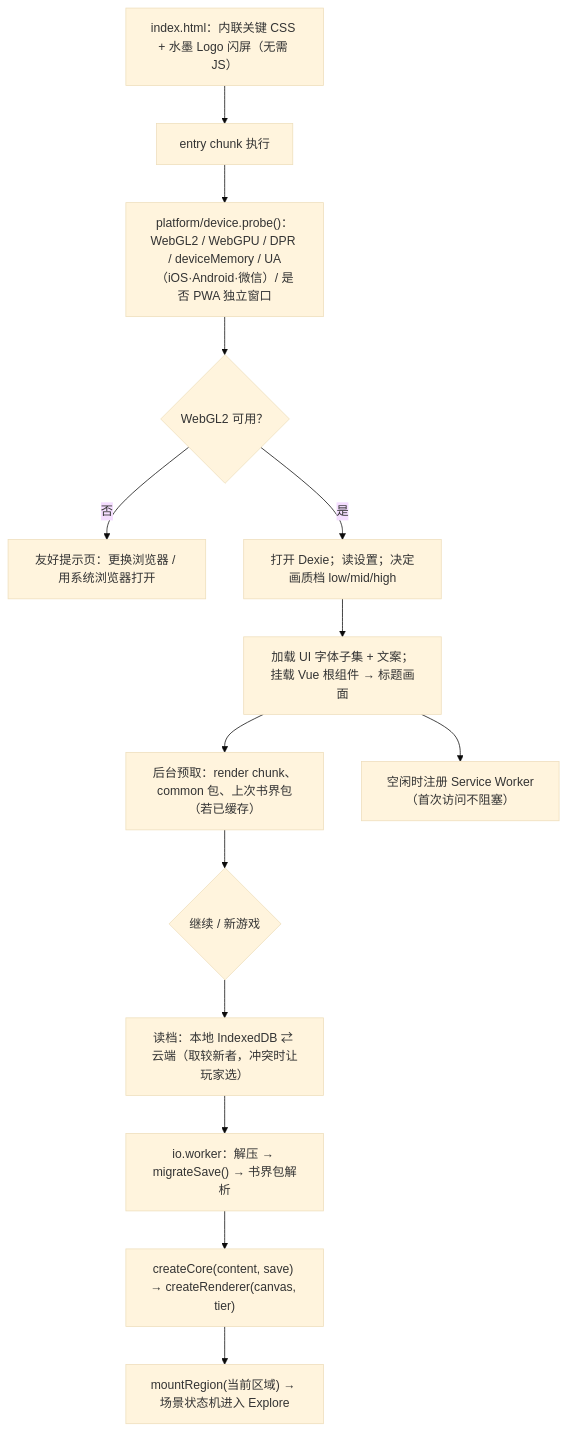
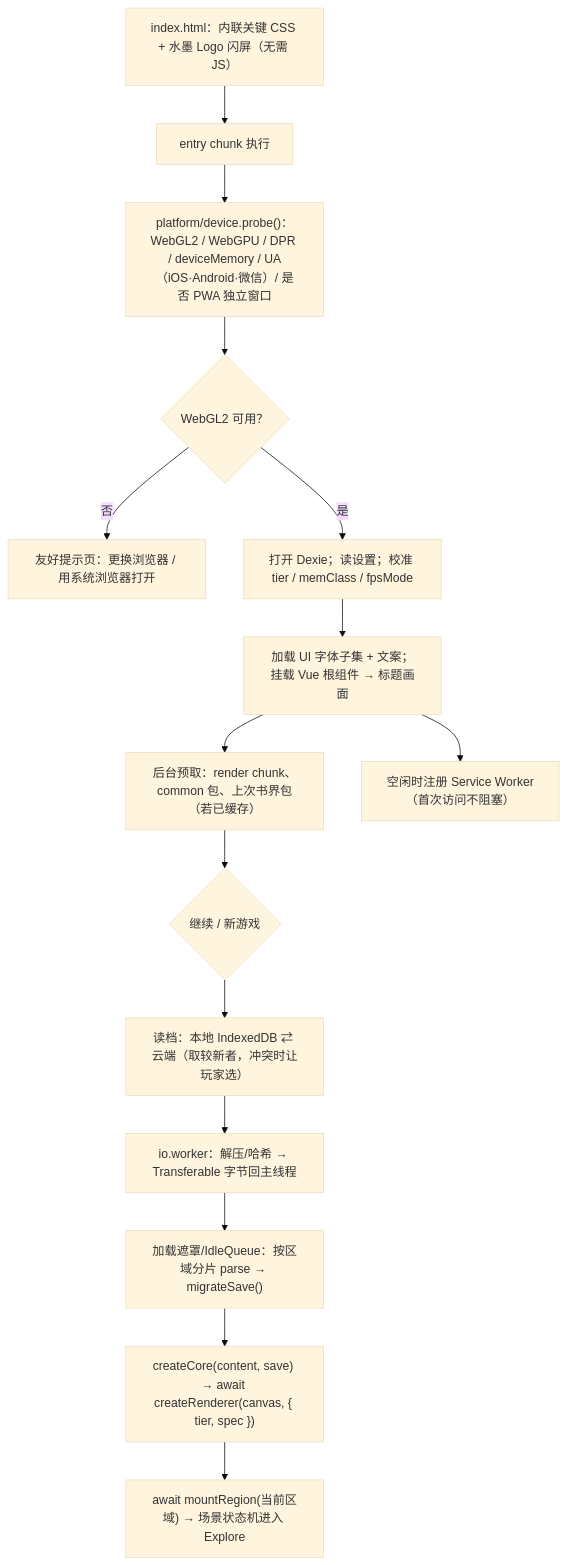
Before and after one commit to radarxc/jinyongqunxia: the fourth of 5 diagrams in docs/tech/01-architecture.md, drawn with Mermaid (base theme). The commit also changed other lines of this file and 1 other file, not shown here.

````diff
--- a/docs/tech/01-architecture.md
+++ b/docs/tech/01-architecture.md
@@ -760,16 +817,17 @@
 ```mermaid
 flowchart TD
   A["index.html：内联关键 CSS + 水墨 Logo 闪屏（无需 JS）"] --> B["entry chunk 执行"]
   B --> C["platform/device.probe()：WebGL2 / WebGPU / DPR / deviceMemory / UA（iOS·Android·微信）/ 是否 PWA 独立窗口"]
   C --> D{"WebGL2 可用？"}
   D -- 否 --> X["友好提示页：更换浏览器 / 用系统浏览器打开"]
-  D -- 是 --> E["打开 Dexie；读设置；决定画质档 low/mid/high"]
+  D -- 是 --> E["打开 Dexie；读设置；校准 tier / memClass / fpsMode"]
   E --> F["加载 UI 字体子集 + 文案；挂载 Vue 根组件 → 标题画面"]
   F --> G["后台预取：render chunk、common 包、上次书界包（若已缓存）"]
   F --> H["空闲时注册 Service Worker（首次访问不阻塞）"]
   G --> I{"继续 / 新游戏"}
   I --> J["读档：本地 IndexedDB ⇄ 云端（取较新者，冲突时让玩家选）"]
-  J --> K["io.worker：解压 → migrateSave() → 书界包解析"]
-  K --> L["createCore(content, save) → createRenderer(canvas, tier)"]
-  L --> M["mountRegion(当前区域) → 场景状态机进入 Explore"]
+  J --> K["io.worker：解压/哈希 → Transferable 字节回主线程"]
+  K --> K2["加载遮罩/IdleQueue：按区域分片 parse → migrateSave()"]
+  K2 --> L["createCore(content, save) → await createRenderer(canvas, { tier, spec })"]
+  L --> M["await mountRegion(当前区域) → 场景状态机进入 Explore"]
 ```
````
